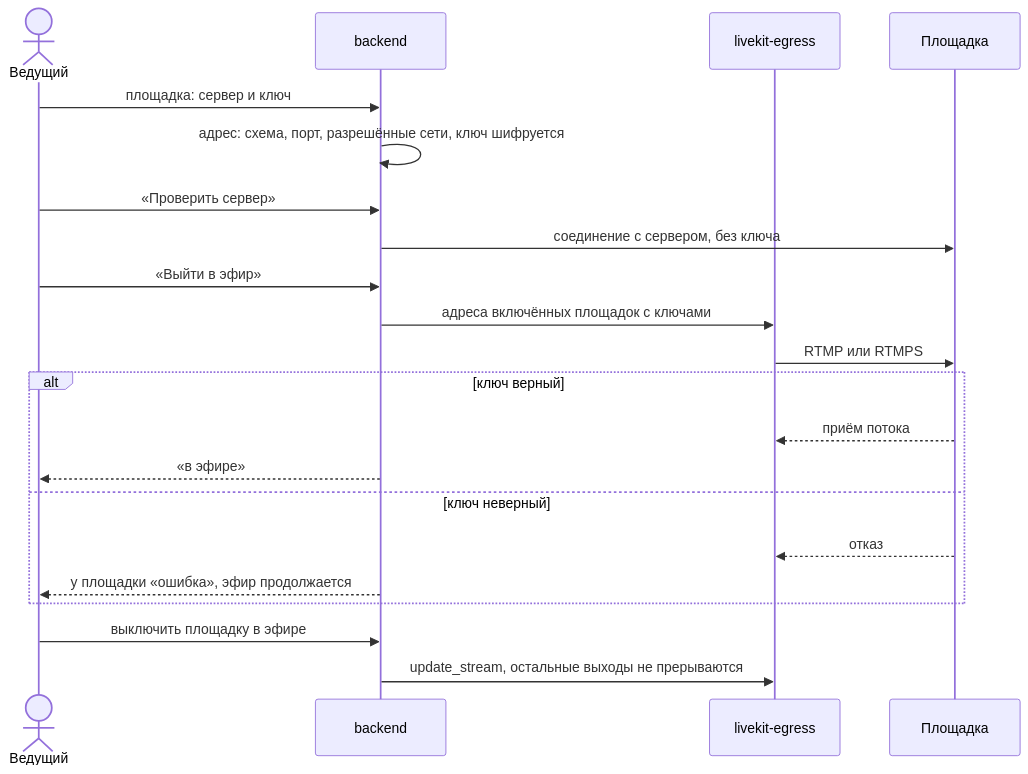
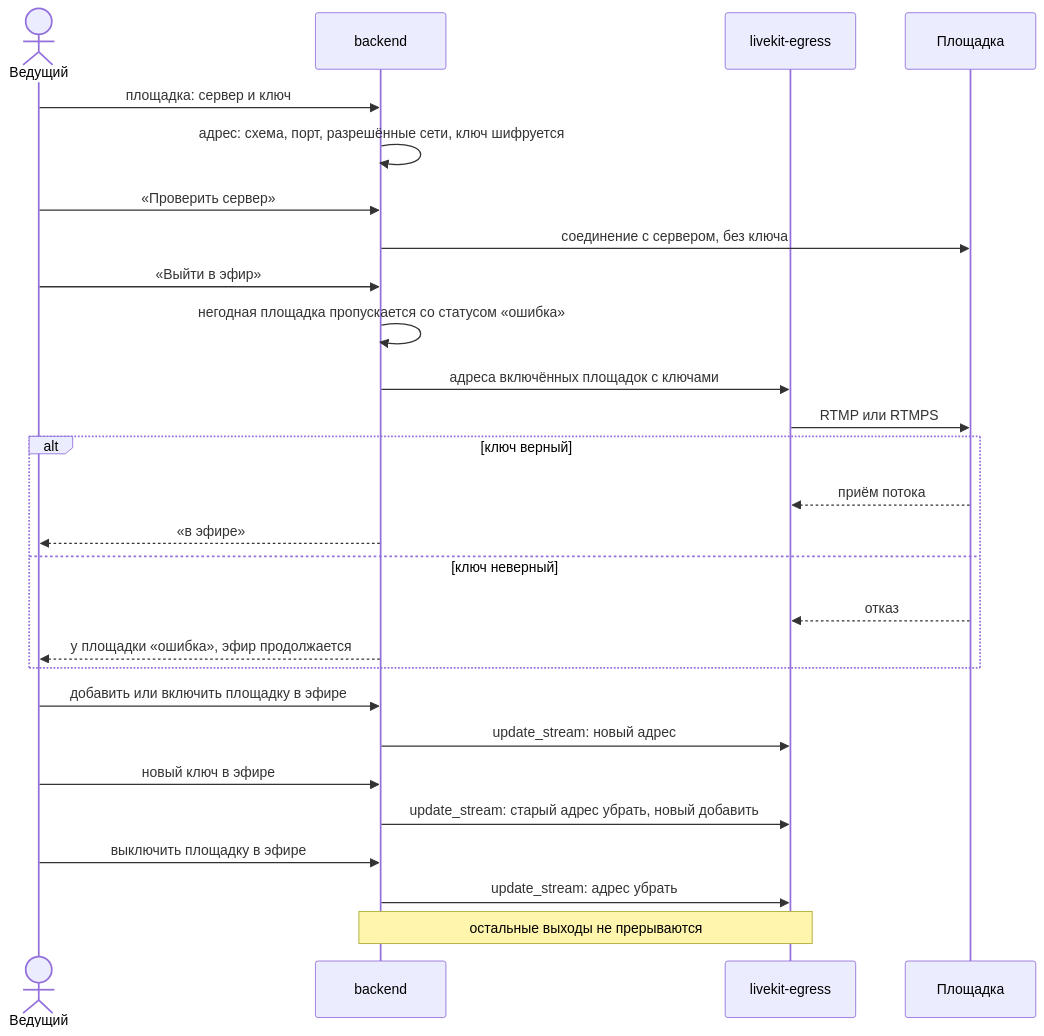
The seventh of 7 diagrams in wiki/Архитектура-Последовательности-трансляций.md (calleograph/peregovorka), drawn with Mermaid before and after one commit. The commit also changed other lines of this file and 322 other files, not shown here.

````diff
--- a/wiki/Архитектура-Последовательности-трансляций.md
+++ b/wiki/Архитектура-Последовательности-трансляций.md
@@ -103,23 +215,29 @@
 ```mermaid
 sequenceDiagram
   actor H as Ведущий
   participant B as backend
   participant E as livekit-egress
   participant P as Площадка
   H->>B: площадка: сервер и ключ
   B->>B: адрес: схема, порт, разрешённые сети, ключ шифруется
   H->>B: «Проверить сервер»
   B->>P: соединение с сервером, без ключа
   H->>B: «Выйти в эфир»
+  B->>B: негодная площадка пропускается со статусом «ошибка»
   B->>E: адреса включённых площадок с ключами
   E->>P: RTMP или RTMPS
   alt ключ верный
     P-->>E: приём потока
     B-->>H: «в эфире»
   else ключ неверный
     P-->>E: отказ
     B-->>H: у площадки «ошибка», эфир продолжается
   end
+  H->>B: добавить или включить площадку в эфире
+  B->>E: update_stream: новый адрес
+  H->>B: новый ключ в эфире
+  B->>E: update_stream: старый адрес убрать, новый добавить
   H->>B: выключить площадку в эфире
-  B->>E: update_stream, остальные выходы не прерываются
+  B->>E: update_stream: адрес убрать
+  Note over B,E: остальные выходы не прерываются
 ```
````
